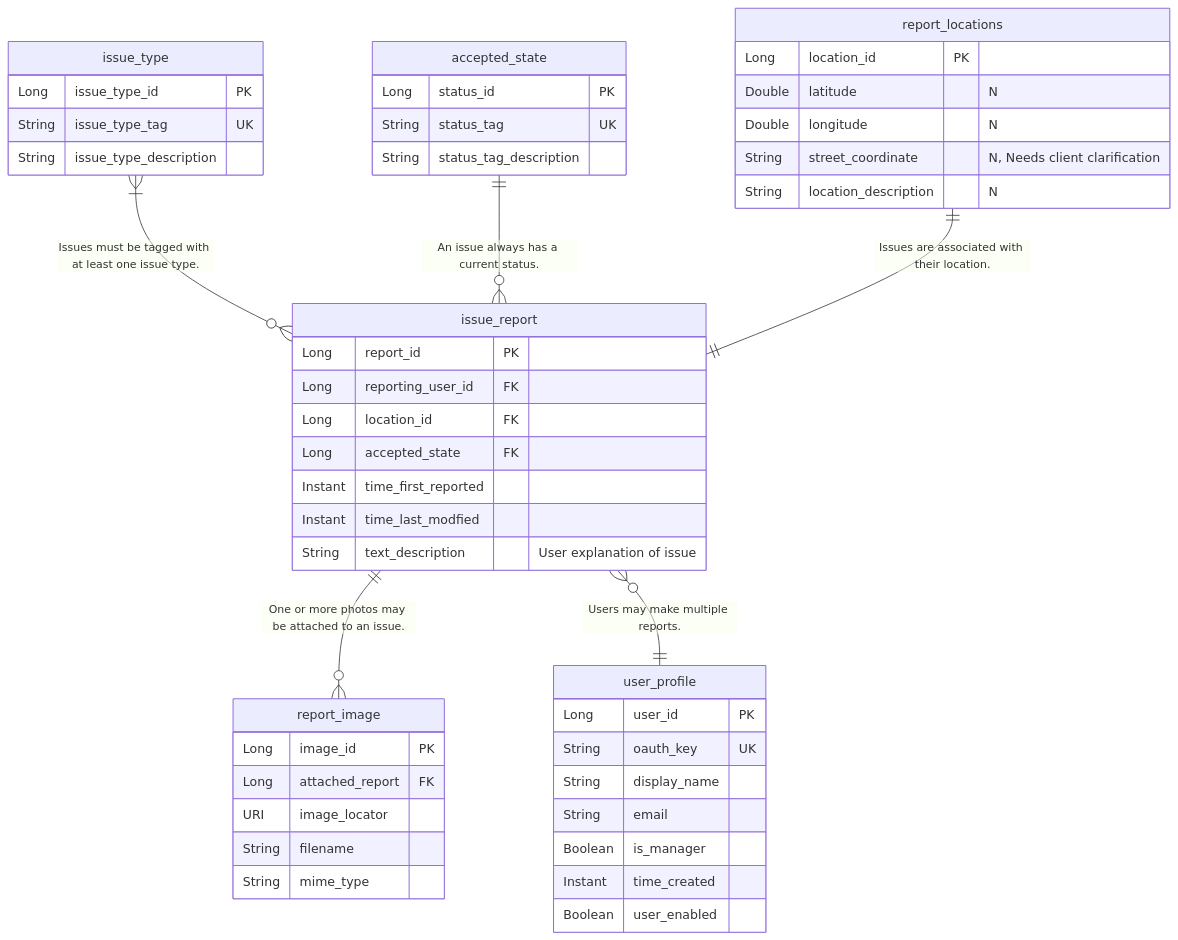
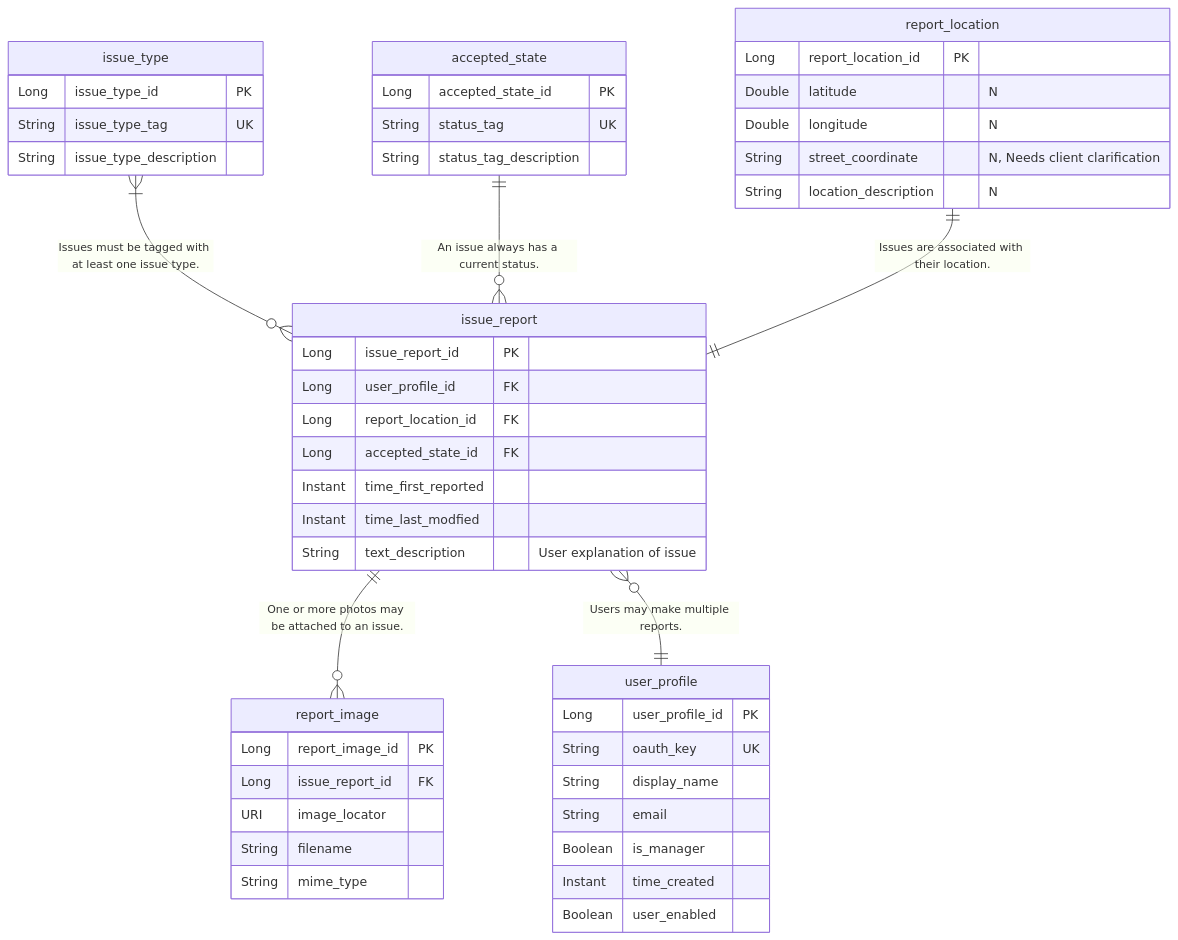
The diagram in docs/mermaid/ERD.mermaid (dd-java-22/capstone), drawn with Mermaid before and after one commit. The commit also changed 2 other files, not shown here.

Commit message:
singularized report_locations, standardized PKs, standardized FKs.

```diff
--- a/docs/mermaid/ERD.mermaid
+++ b/docs/mermaid/ERD.mermaid
@@ -1,50 +1,50 @@
 erDiagram
     issue_type }|--o{ issue_report : "Issues must be tagged with at least one issue type."
     accepted_state ||--o{ issue_report : "An issue always has a current status."
     issue_report ||--o{ report_image : "One or more photos may be attached to an issue."
     issue_report }o--|| user_profile : "Users may make multiple reports."
-    report_locations ||--|| issue_report : "Issues are associated with their location."
+    report_location ||--|| issue_report : "Issues are associated with their location."
 
 
     issue_type {
         Long issue_type_id PK
         String issue_type_tag UK
         String issue_type_description
     }
     accepted_state {
-        Long status_id PK
+        Long accepted_state_id PK
         String status_tag UK
         String status_tag_description
     }
-    report_locations {
-        Long location_id PK
+    report_location {
+        Long report_location_id PK
         Double latitude "N"
         Double longitude "N"
         String street_coordinate "N, Needs client clarification"
         String location_description "N"
     }
     report_image {
-        Long image_id PK
-        Long attached_report FK
+        Long report_image_id PK
+        Long issue_report_id FK
         URI image_locator
         String filename
         String mime_type
     }
     user_profile {
-        Long user_id PK
+        Long user_profile_id PK
         String oauth_key UK
         String display_name
         String email
         Boolean is_manager
         Instant time_created
         Boolean user_enabled
     }
     issue_report {
-        Long report_id PK
-        Long reporting_user_id FK
-        Long location_id FK
-        Long accepted_state FK
+        Long issue_report_id PK
+        Long user_profile_id FK
+        Long report_location_id FK
+        Long accepted_state_id FK
         Instant time_first_reported
         Instant time_last_modfied
         String text_description "User explanation of issue"
     }
```
